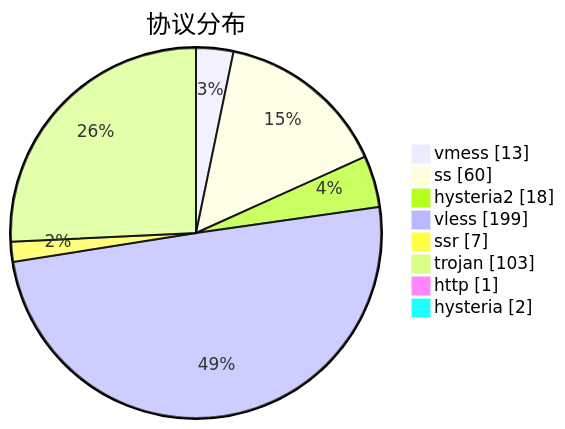
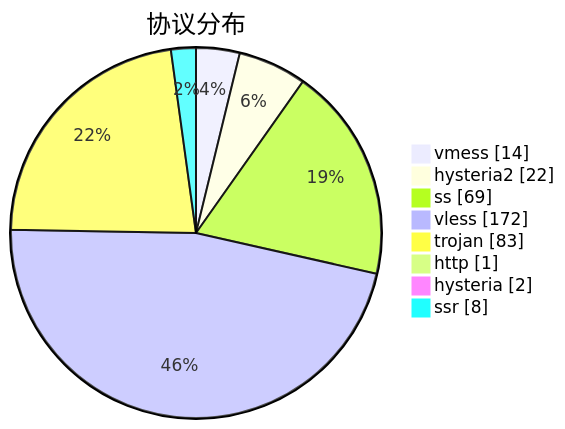
Before and after one commit to sinspired/airport: the third of 3 diagrams in subs/statistics/tested_within.md, drawn with Mermaid. The commit also changed other lines of this file and 2 other files, not shown here.

````diff
--- a/subs/statistics/tested_within.md
+++ b/subs/statistics/tested_within.md
@@ -46,12 +44,12 @@
 ```mermaid
 pie showData
 title 协议分布
-"vmess" : 13
-"ss" : 60
-"hysteria2" : 18
-"vless" : 199
-"ssr" : 7
-"trojan" : 103
+"vmess" : 14
+"hysteria2" : 22
+"ss" : 69
+"vless" : 172
+"trojan" : 83
 "http" : 1
 "hysteria" : 2
+"ssr" : 8
 ```
````
